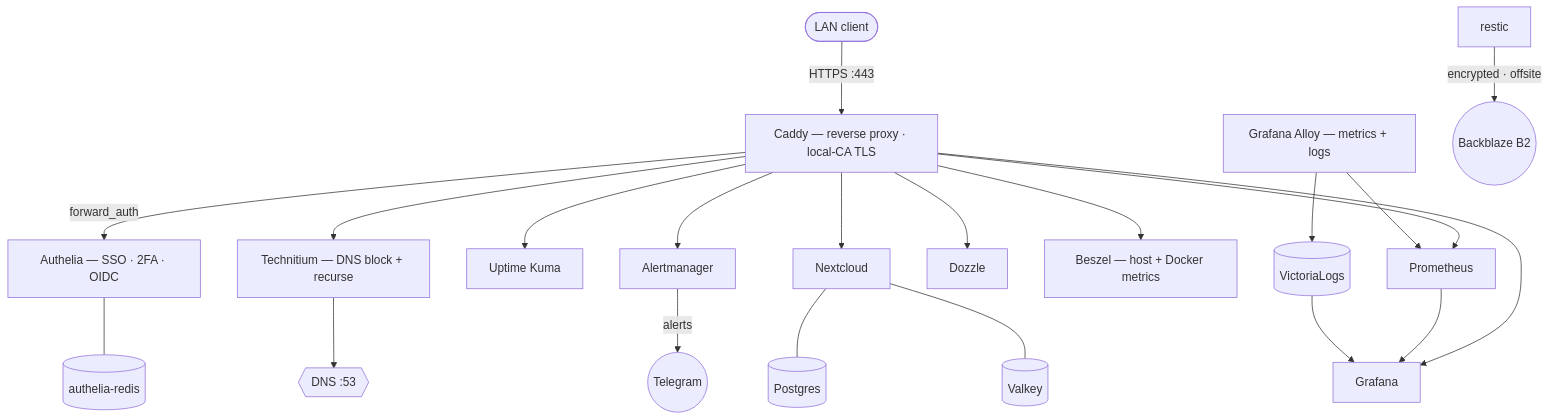
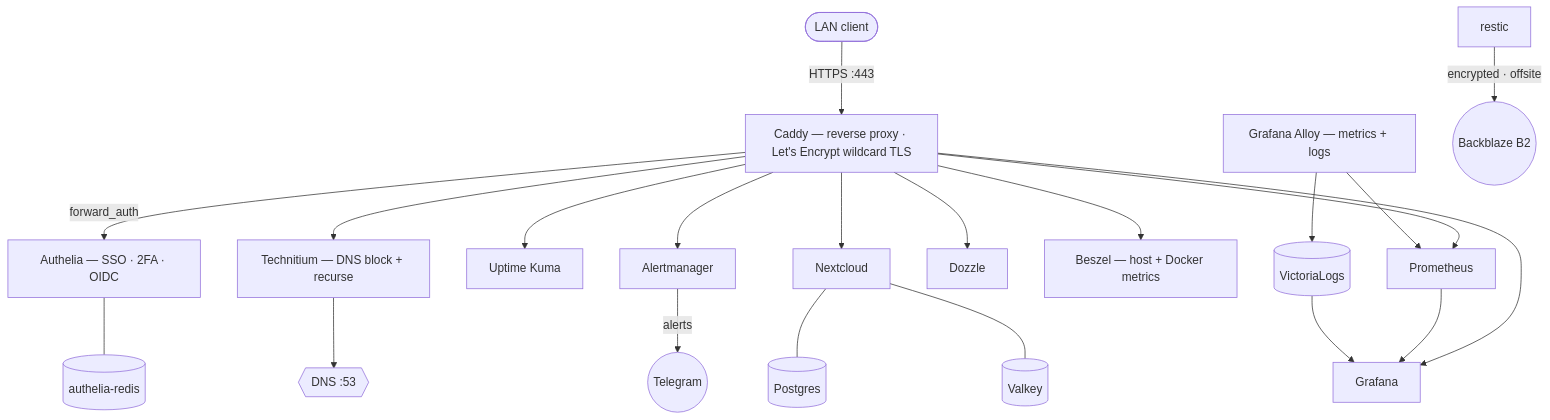
Before and after one commit to RusakRule1/homelab: the diagram in README.md, drawn with Mermaid. The commit also changed other lines of this file and 12 other files, not shown here.

Commit message:
feat: Let's Encrypt wildcard TLS via Porkbun DNS-01

````diff
--- a/README.md
+++ b/README.md
@@ -16,26 +16,26 @@
 ```mermaid
 flowchart TB
-    client([LAN client]) -->|HTTPS :443| caddy[Caddy — reverse proxy · local-CA TLS]
+    client([LAN client]) -->|HTTPS :443| caddy[Caddy — reverse proxy · Let's Encrypt wildcard TLS]
     caddy -->|forward_auth| authelia[Authelia — SSO · 2FA · OIDC]
     authelia --- aredis[(authelia-redis)]
 
     caddy --> technitium[Technitium — DNS block + recurse] --> dns53{{DNS :53}}
     caddy --> kuma[Uptime Kuma]
     caddy --> prom[Prometheus]
     caddy --> alertmgr[Alertmanager]
     caddy --> dozzle[Dozzle]
     caddy --> beszel[Beszel — host + Docker metrics]
 
     caddy --> nextcloud[Nextcloud]
     caddy --> grafana[Grafana]
     nextcloud --- pg[(Postgres)]
     nextcloud --- ncvalkey[(Valkey)]
 
     alloy[Grafana Alloy — metrics + logs] --> prom
     alloy --> vlogs[(VictoriaLogs)]
     prom --> grafana
     vlogs --> grafana
 
     alertmgr -->|alerts| tg((Telegram))
     restic[restic] -->|encrypted · offsite| b2((Backblaze B2))
 ```
````
